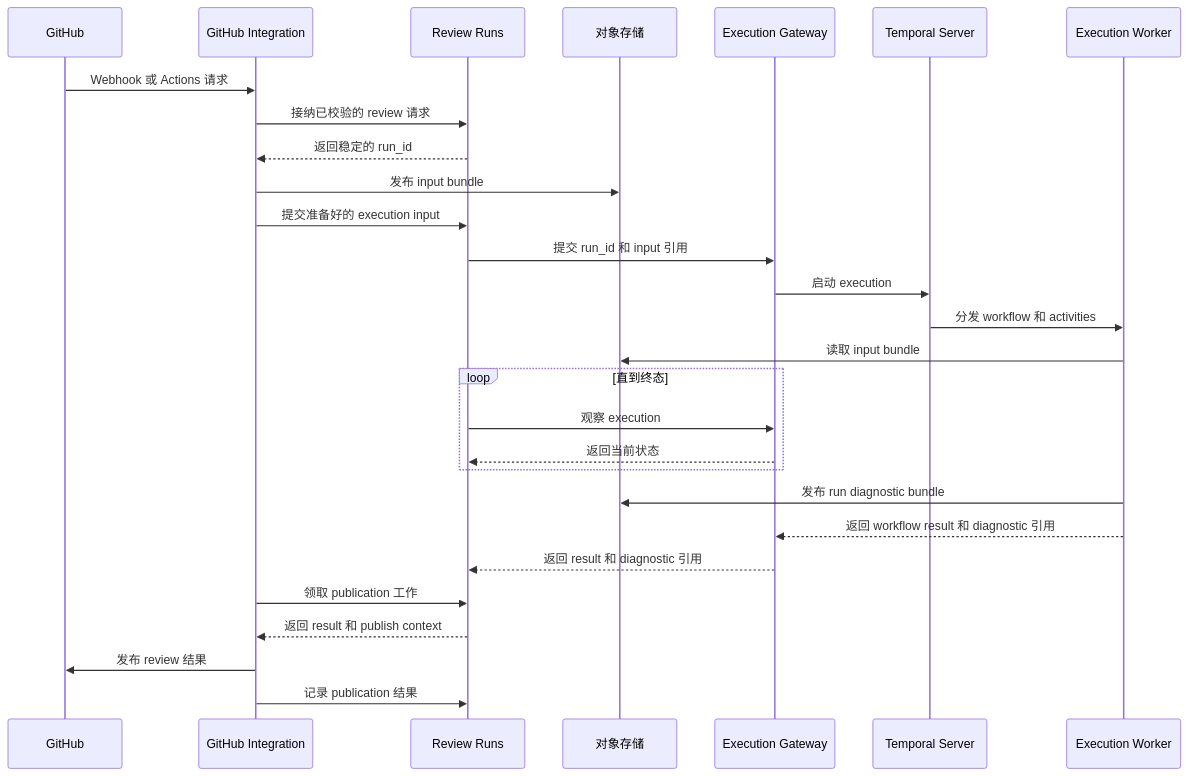
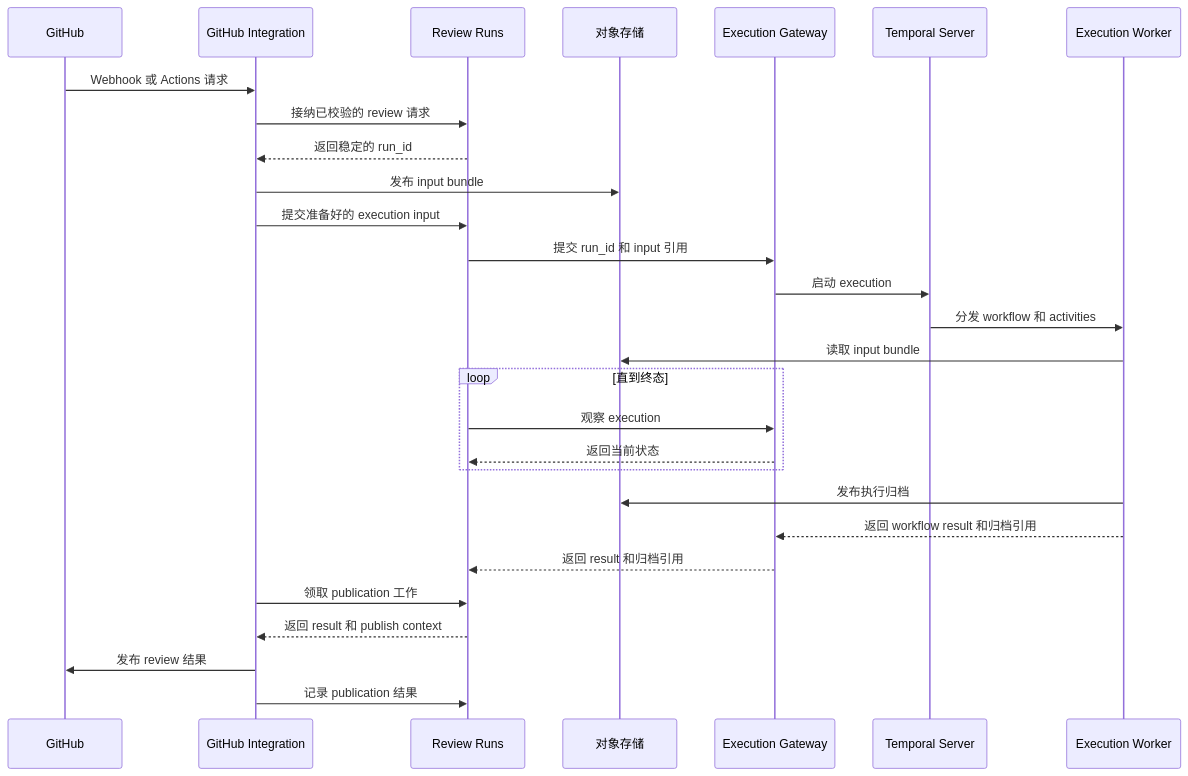
The first of 4 diagrams in docs/architecture/SYSTEM_ARCHITECTURE.zh.md (Agent-AI-Chalmers/sec-review-bot), drawn with Mermaid before and after one commit. The commit also changed other lines of this file and 135 other files, not shown here.

First line of the commit message:
refactor(contracts)!: rename run diagnostics as execution archives (#321)

````diff
--- a/docs/architecture/SYSTEM_ARCHITECTURE.zh.md
+++ b/docs/architecture/SYSTEM_ARCHITECTURE.zh.md
@@ -45,31 +45,31 @@
 ```mermaid
 sequenceDiagram
   participant GitHub
   participant Integration as GitHub Integration
   participant Control as Review Runs
   participant Storage as 对象存储
   participant Gateway as Execution Gateway
   participant Temporal as Temporal Server
   participant ExecutionWorker as Execution Worker
 
   GitHub->>Integration: Webhook 或 Actions 请求
   Integration->>Control: 接纳已校验的 review 请求
   Control-->>Integration: 返回稳定的 run_id
   Integration->>Storage: 发布 input bundle
   Integration->>Control: 提交准备好的 execution input
   Control->>Gateway: 提交 run_id 和 input 引用
   Gateway->>Temporal: 启动 execution
   Temporal->>ExecutionWorker: 分发 workflow 和 activities
   ExecutionWorker->>Storage: 读取 input bundle
   loop 直到终态
     Control->>Gateway: 观察 execution
     Gateway-->>Control: 返回当前状态
   end
-  ExecutionWorker->>Storage: 发布 run diagnostic bundle
-  ExecutionWorker-->>Gateway: 返回 workflow result 和 diagnostic 引用
-  Gateway-->>Control: 返回 result 和 diagnostic 引用
+  ExecutionWorker->>Storage: 发布执行归档
+  ExecutionWorker-->>Gateway: 返回 workflow result 和归档引用
+  Gateway-->>Control: 返回 result 和归档引用
   Integration->>Control: 领取 publication 工作
   Control-->>Integration: 返回 result 和 publish context
   Integration->>GitHub: 发布 review 结果
   Integration->>Control: 记录 publication 结果
 ```
````
